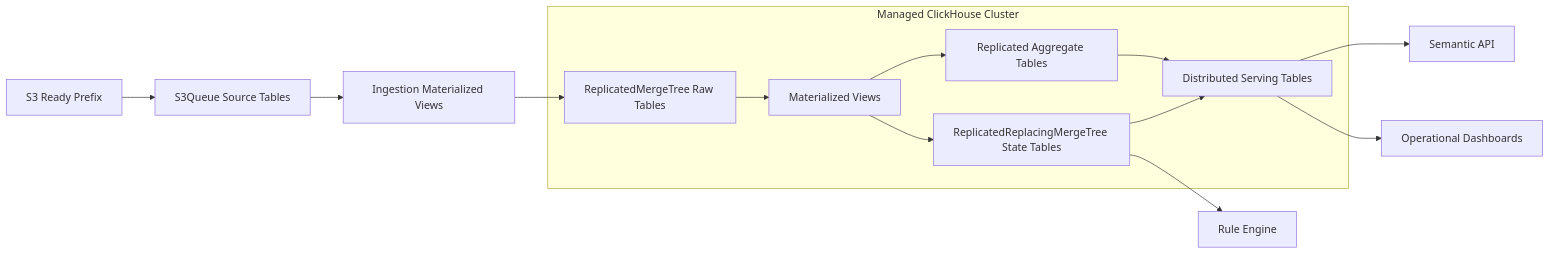
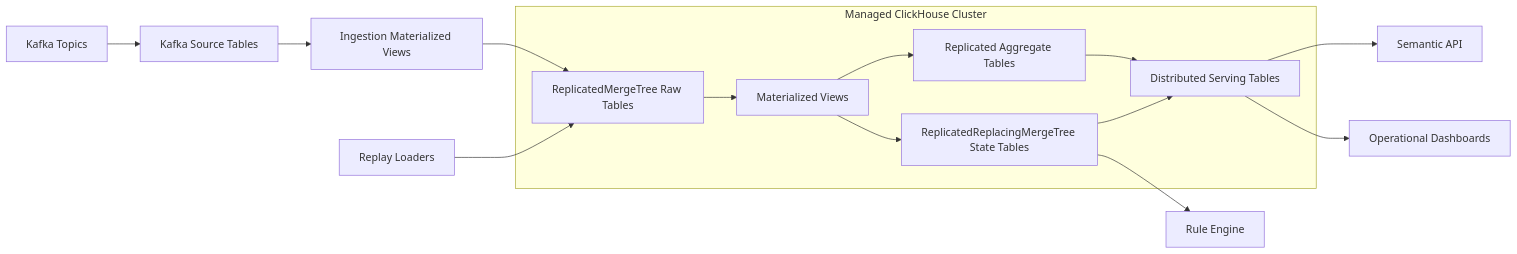
Before and after one commit to harshavardhan-99/-SQL-Engine-: the diagram in docs/lld/04-clickhouse-processing-serving-lld.md, drawn with Mermaid. The commit also changed other lines of this file and 7 other files, not shown here.

Commit message:
Rearchitect docs to parallel ingestion with reliability controls

````diff
--- a/docs/lld/04-clickhouse-processing-serving-lld.md
+++ b/docs/lld/04-clickhouse-processing-serving-lld.md
@@ -39,23 +41,24 @@
 ```mermaid
 flowchart LR
-  S3["S3 Ready Prefix"] --> S3Q["S3Queue Source Tables"]
-  S3Q --> IngestMV["Ingestion Materialized Views"]
+  Kafka["Kafka Topics"] --> KQ["Kafka Source Tables"]
+  KQ --> IngestMV["Ingestion Materialized Views"]
+  Replay["Replay Loaders"] --> Raw
 
   subgraph CH["Managed ClickHouse Cluster"]
     Raw["ReplicatedMergeTree Raw Tables"]
     MV["Materialized Views"]
     State["ReplicatedReplacingMergeTree State Tables"]
     Agg["Replicated Aggregate Tables"]
     Dist["Distributed Serving Tables"]
   end
 
   IngestMV --> Raw
   Raw --> MV
   MV --> State
   MV --> Agg
   State --> Dist
   Agg --> Dist
   Dist --> Semantic["Semantic API"]
   Dist --> Dash["Operational Dashboards"]
   State --> Rules["Rule Engine"]
 ```
````
